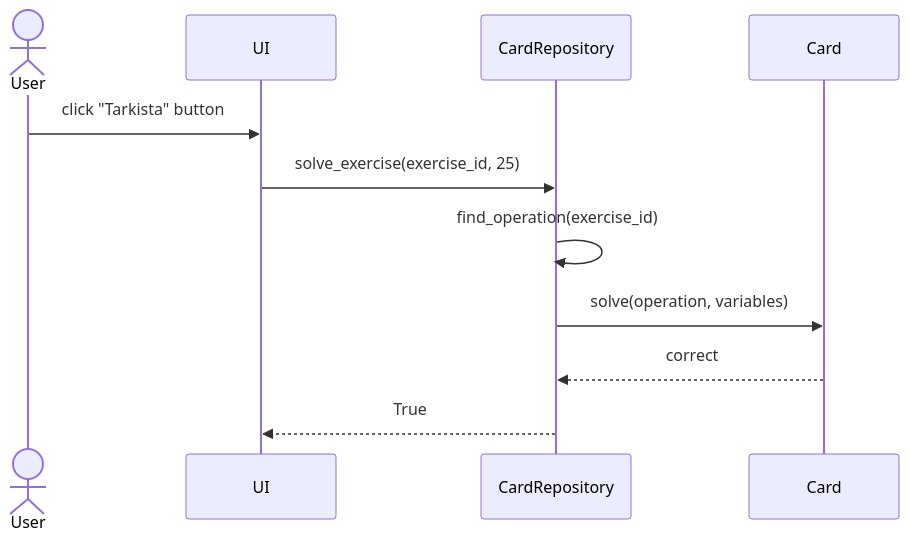
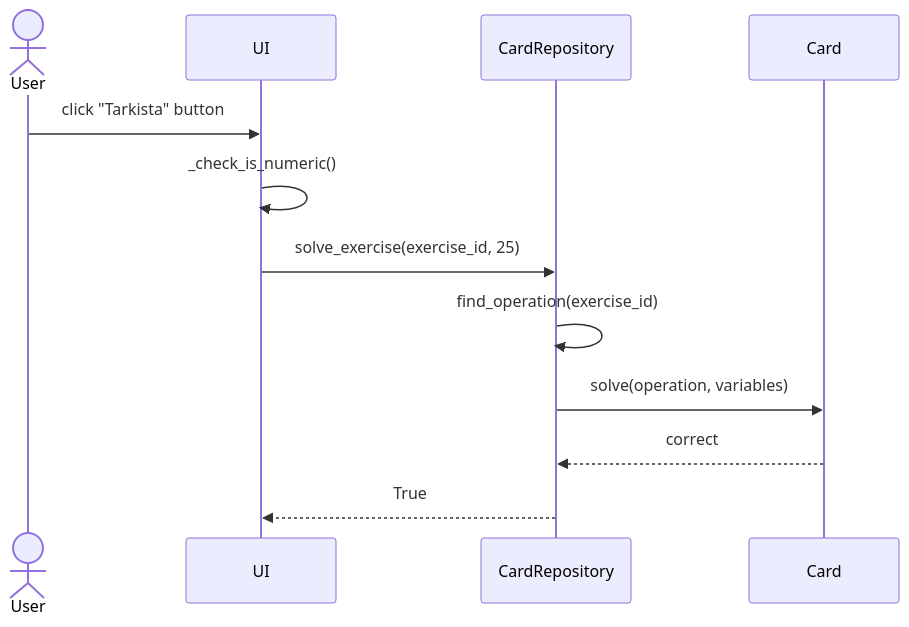
One commit to kirsikkahiltunen/ot-harjoitustyo changed the sixth of 7 diagrams in dokumentaatio/arkkitehtuuri.md. Above: the diagram before and after it, drawn with Mermaid. The commit also changed other lines of this file, not shown here.

Commit message:
sequence diagrams updated to contain _check_is_numeric function.

````diff
--- a/dokumentaatio/arkkitehtuuri.md
+++ b/dokumentaatio/arkkitehtuuri.md
@@ -104,13 +106,14 @@
 ```mermaid
 sequenceDiagram
   actor User
   participant UI
   participant CardRepository
   participant Card
   User->>UI: click "Tarkista" button
+  UI->>UI: _check_is_numeric()
   UI->>CardRepository : solve_exercise(exercise_id, 25)
   CardRepository->>CardRepository: find_operation(exercise_id)
   CardRepository->>Card: solve(operation, variables)
   Card-->>CardRepository: correct
   CardRepository-->>UI: True
 ``` 
````
